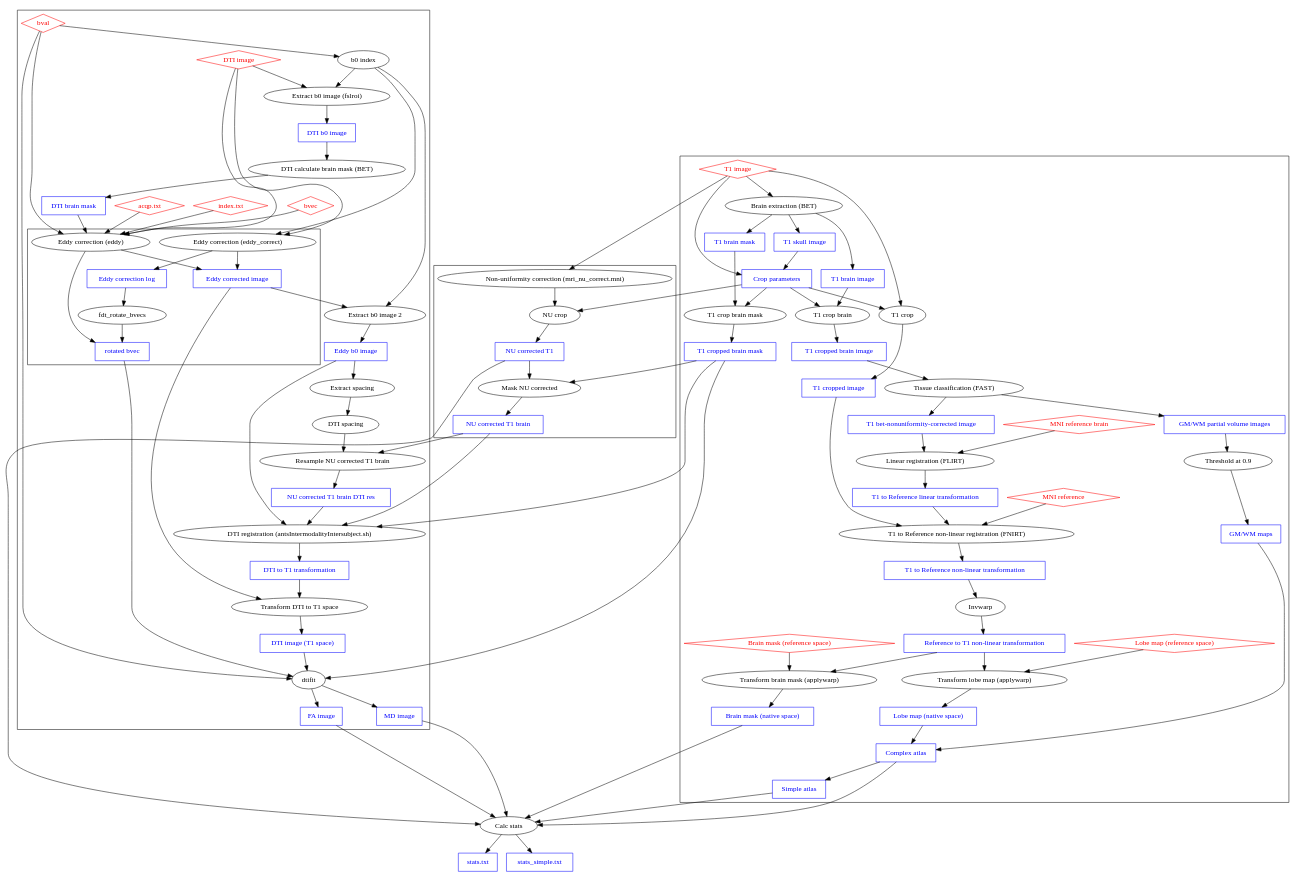
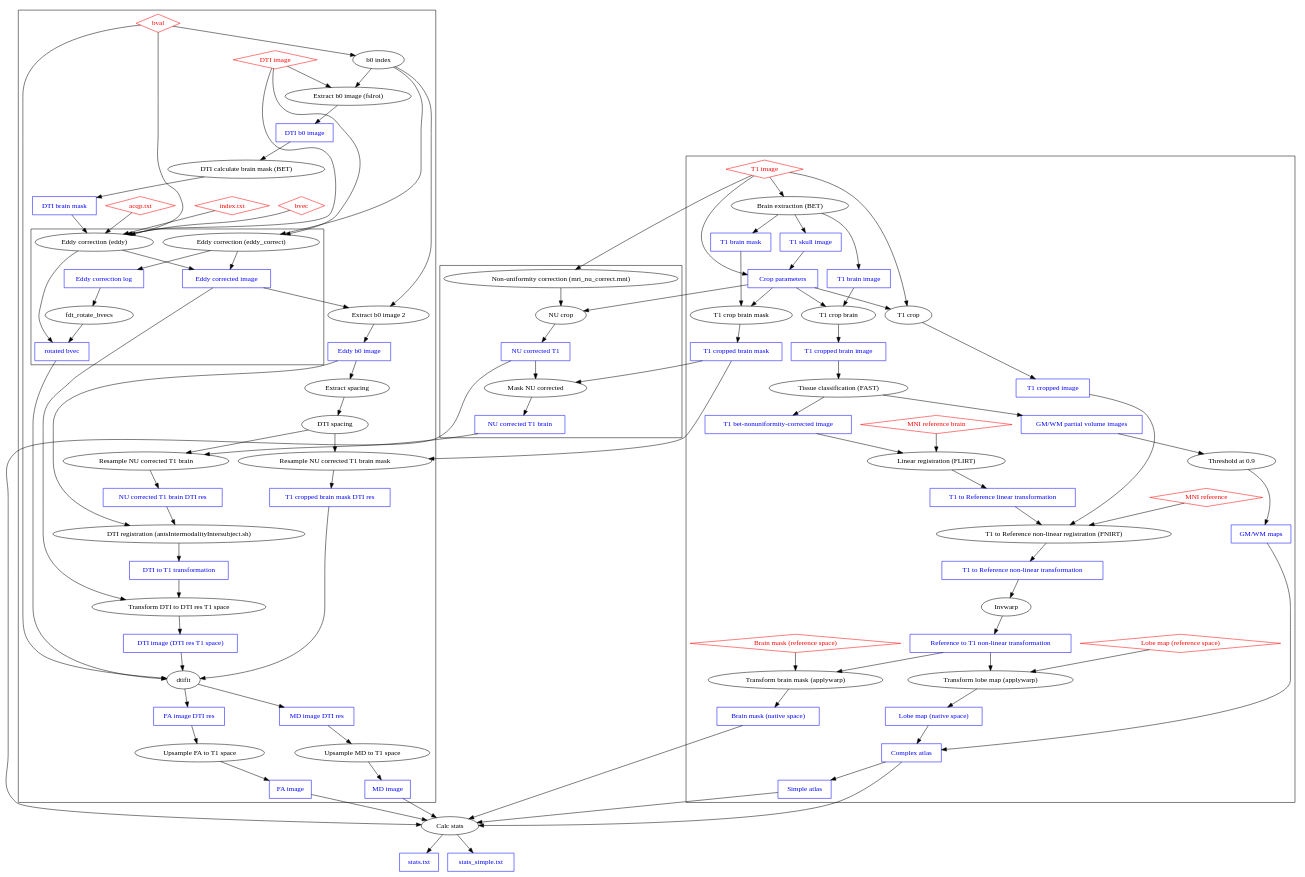
Before and after one commit to pndni/Charge_GM_WM_Properties_Pipeline: the diagram in doc/pipeline.dot, drawn with Graphviz. The commit also changed 1 other file, not shown here.

Commit message:
update flowcharte

```diff
--- a/doc/pipeline.dot
+++ b/doc/pipeline.dot
@@ -1,99 +1,105 @@
 strict digraph Pipeline {
 subgraph Inputs {
 node [shape=diamond, color=red, fontcolor=red]
 "T1 image"
 "MNI reference"
 "MNI reference brain"
 "Lobe map (reference space)"
 "Brain mask (reference space)"
 "DTI image"
 "bvec"
 "bval"
 "acqp.txt"
 "index.txt"
 }
 subgraph Outputs {
 node[shape=rect, color=blue, fontcolor=blue];
 "T1 brain image" 
 "T1 brain mask" 
 "T1 cropped brain image" 
 "T1 cropped brain mask" 
+"T1 cropped brain mask DTI res" 
 "T1 cropped image"
 "T1 skull image"
 "GM/WM partial volume images"
 "GM/WM maps"
 "T1 bet-nonuniformity-corrected image"
 "Crop parameters"
 "T1 to Reference linear transformation"
 "T1 to Reference non-linear transformation"
 "Reference to T1 non-linear transformation"
 "Lobe map (native space)"
 "Brain mask (native space)"
 "NU corrected T1"
 "NU corrected T1 brain"
 "NU corrected T1 brain DTI res"
 "Eddy corrected image"
 "rotated bvec"
 "Eddy correction log"
 "Eddy b0 image"
 "DTI brain mask"
-"DTI image (T1 space)"
+"DTI image (DTI res T1 space)"
 "FA image"
 "MD image"
+"FA image DTI res"
+"MD image DTI res"
 "DTI to T1 transformation"
 "stats.txt"
 "stats_simple.txt"
 "Complex atlas"
 "Simple atlas"
 "DTI b0 image"
 }
 subgraph clustermaps{
 "T1 image" -> "Brain extraction (BET)" -> "T1 brain image"
 "Brain extraction (BET)" -> "T1 skull image"
 "Brain extraction (BET)" -> "T1 brain mask"
 "T1 skull image" -> "Crop parameters"
 "T1 image" -> "Crop parameters"
 {"T1 image", "Crop parameters"} -> "T1 crop" -> "T1 cropped image"
 {"T1 brain mask", "Crop parameters"} -> "T1 crop brain mask" -> "T1 cropped brain mask"
 {"T1 brain image", "Crop parameters"} -> "T1 crop brain" -> "T1 cropped brain image"
 "T1 cropped brain image" -> "Tissue classification (FAST)"
 "Tissue classification (FAST)" -> {"GM/WM partial volume images", "T1 bet-nonuniformity-corrected image"}
 {"GM/WM partial volume images" -> "Threshold at 0.9" -> "GM/WM maps"}
 {"T1 bet-nonuniformity-corrected image", "MNI reference brain"} -> "Linear registration (FLIRT)" -> "T1 to Reference linear transformation"
 {"T1 to Reference linear transformation", "T1 cropped image", "MNI reference"} -> "T1 to Reference non-linear registration (FNIRT)" -> "T1 to Reference non-linear transformation"
 {"T1 to Reference non-linear transformation" -> Invwarp -> "Reference to T1 non-linear transformation"}
 {"Lobe map (reference space)", "Reference to T1 non-linear transformation"} -> "Transform lobe map (applywarp)" -> "Lobe map (native space)"
 {"Brain mask (reference space)", "Reference to T1 non-linear transformation"} -> "Transform brain mask (applywarp)" -> "Brain mask (native space)"
 {"Lobe map (native space)", "GM/WM maps"} -> "Complex atlas"
 "Complex atlas" -> "Simple atlas"
 }
 
 subgraph "clusterT1 data" {
 "T1 image" -> "Non-uniformity correction (mri_nu_correct.mni)" -> "NU crop" -> "NU corrected T1"
 "Crop parameters" -> "NU crop"
 {"NU corrected T1", "T1 cropped brain mask"} -> "Mask NU corrected" -> "NU corrected T1 brain"
 }
 
 subgraph "clusterDTI" {
 bval -> "b0 index"
 {"DTI image", "b0 index"} ->  "Extract b0 image (fslroi)" -> "DTI b0 image"
 "DTI b0 image" -> "DTI calculate brain mask (BET)" -> "DTI brain mask"
 {"DTI image", "DTI brain mask", "bvec", "bval", "acqp.txt", "index.txt"} -> "Eddy correction (eddy)"
 {"DTI image", "b0 index"} -> "Eddy correction (eddy_correct)"
 subgraph "clusterEddy" {
 "Eddy correction (eddy)" -> {"Eddy corrected image", "rotated bvec"}
 "Eddy correction (eddy_correct)" -> {"Eddy corrected image", "Eddy correction log"}
 "Eddy correction log" -> "fdt_rotate_bvecs" -> "rotated bvec"
 }
 {"Eddy corrected image", "b0 index"} -> "Extract b0 image 2" -> "Eddy b0 image"
 "Eddy b0 image" -> "Extract spacing" -> "DTI spacing"
 {"NU corrected T1 brain", "DTI spacing"} -> "Resample NU corrected T1 brain" -> "NU corrected T1 brain DTI res"
-{"Eddy b0 image", "NU corrected T1 brain DTI res", "NU corrected T1 brain", "T1 cropped brain mask"} -> "DTI registration (antsIntermodalityIntersubject.sh)" -> "DTI to T1 transformation"
-{"DTI to T1 transformation", "Eddy corrected image"} -> "Transform DTI to T1 space" -> "DTI image (T1 space)"
-{"DTI image (T1 space)", "rotated bvec", "bval", "T1 cropped brain mask"} -> dtifit -> {"FA image", "MD image"}
+{"T1 cropped brain mask", "DTI spacing"} -> "Resample NU corrected T1 brain mask" -> "T1 cropped brain mask DTI res"
+{"Eddy b0 image", "NU corrected T1 brain DTI res"} -> "DTI registration (antsIntermodalityIntersubject.sh)" -> "DTI to T1 transformation"
+{"DTI to T1 transformation", "Eddy corrected image"} -> "Transform DTI to DTI res T1 space" -> "DTI image (DTI res T1 space)"
+{"DTI image (DTI res T1 space)", "rotated bvec", "bval", "T1 cropped brain mask DTI res"} -> dtifit -> {"FA image DTI res", "MD image DTI res"}
+{"MD image DTI res"} -> "Upsample MD to T1 space" -> {"MD image"}
+{"FA image DTI res"} -> "Upsample FA to T1 space" -> {"FA image"}
 }
 
 {"NU corrected T1", "Complex atlas", "Brain mask (native space)", "FA image", "MD image"} -> "Calc stats" -> "stats.txt"
 {"NU corrected T1", "Simple atlas", "Brain mask (native space)", "FA image", "MD image"} -> "Calc stats" -> "stats_simple.txt"
 
 }
```
